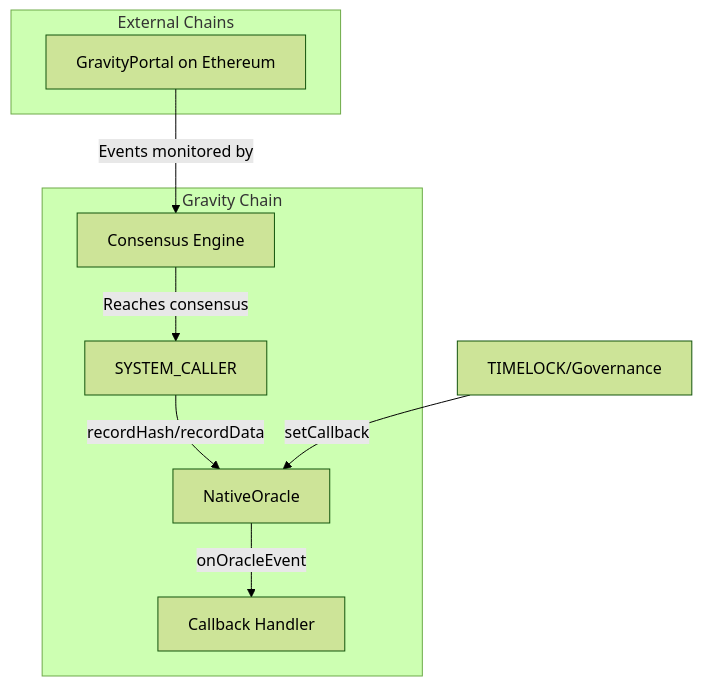
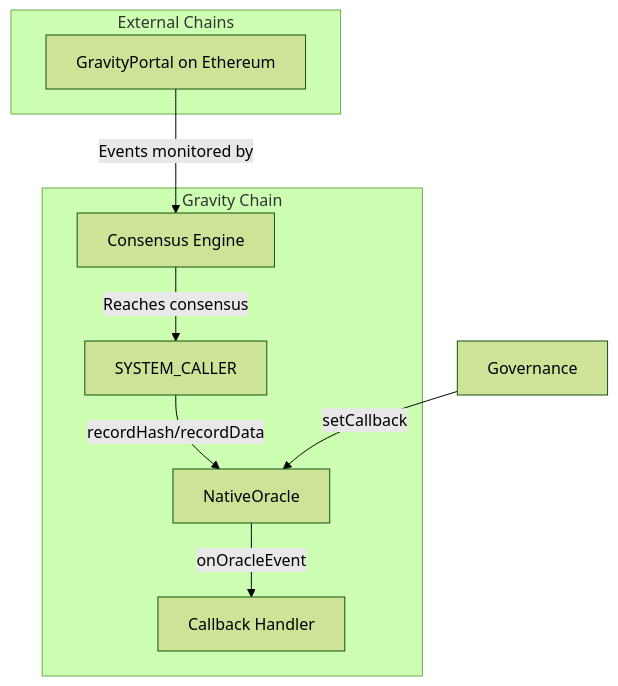
The diagram in build_logs/oracle.md (Galxe/gravity_chain_core_contracts), drawn with Mermaid (forest theme) before and after one commit. The commit also changed other lines of this file and 25 other files, not shown here.

First line of the commit message:
refactor: rename TIMELOCK to GOVERNANCE across codebase

````diff
--- a/build_logs/oracle.md
+++ b/build_logs/oracle.md
@@ -126,20 +126,20 @@
 ```mermaid
 flowchart TD
     subgraph ExternalChains[External Chains]
         GP[GravityPortal on Ethereum]
     end
     
     subgraph GravityChain[Gravity Chain]
         CE[Consensus Engine]
         SC[SYSTEM_CALLER]
         NO[NativeOracle]
         CB[Callback Handler]
     end
     
     GP -->|Events monitored by| CE
     CE -->|Reaches consensus| SC
     SC -->|recordHash/recordData| NO
     NO -->|onOracleEvent| CB
     
-    TL[TIMELOCK/Governance] -->|setCallback| NO
+    GOV[Governance] -->|setCallback| NO
 ```
````
